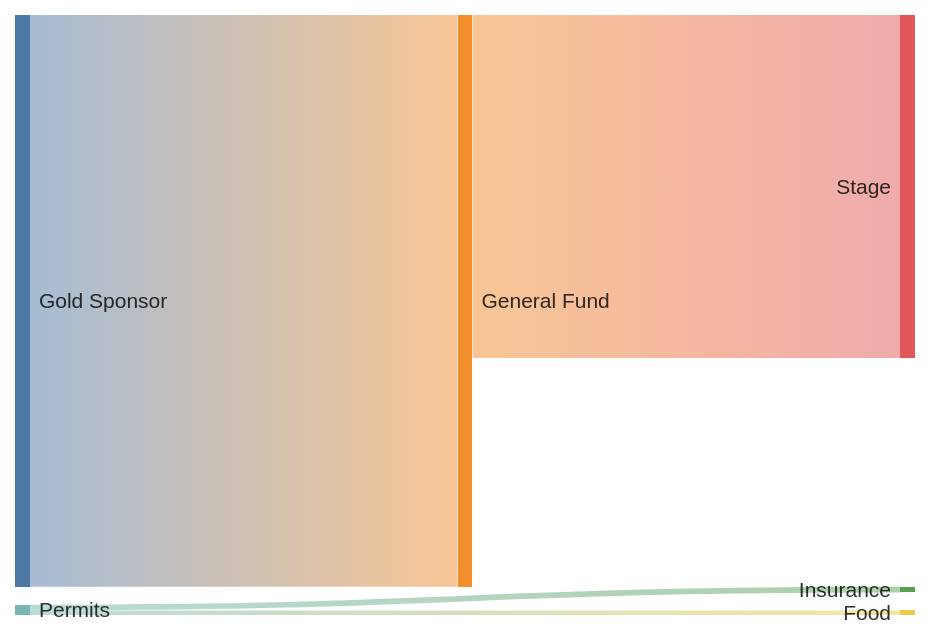
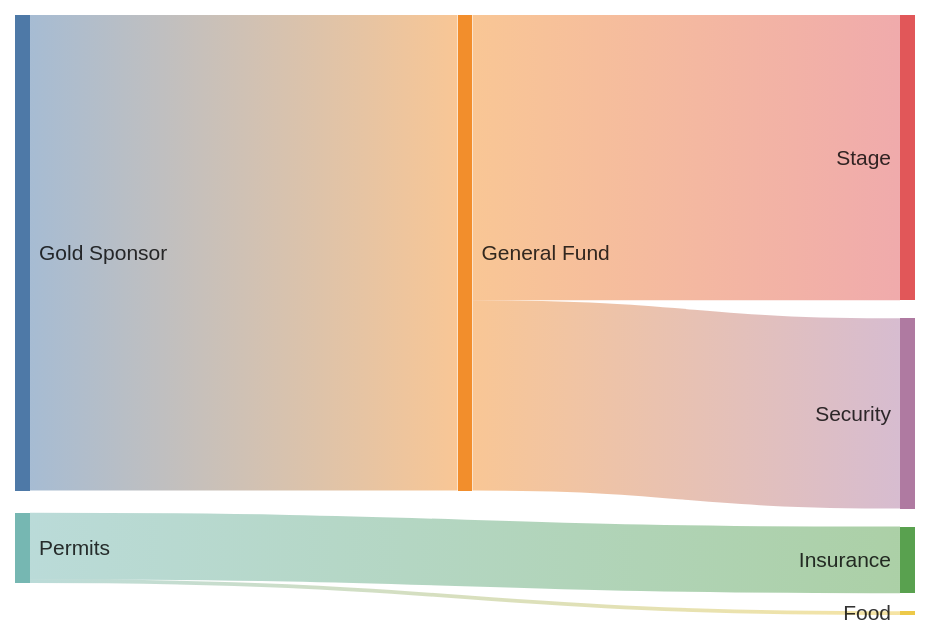
One commit to KCollins/KCollins.github.io changed the second of 2 diagrams in files/fairplan.md. Above: the diagram before and after it, drawn with Mermaid. The commit also changed other lines of this file, not shown here.

````diff
--- a/files/fairplan.md
+++ b/files/fairplan.md
@@ -56,14 +56,15 @@
 ```mermaid
 ---
 config:
   sankey:
     showValues: false
 ---
 sankey-beta
 
 
 Gold Sponsor, General Fund, 5000
 General Fund, Stage, 3000
-Permits, Insurance, 50
+Permits, Insurance, 700
 Permits, Food, 40
+General Fund, Security, 2000
 ```
````
